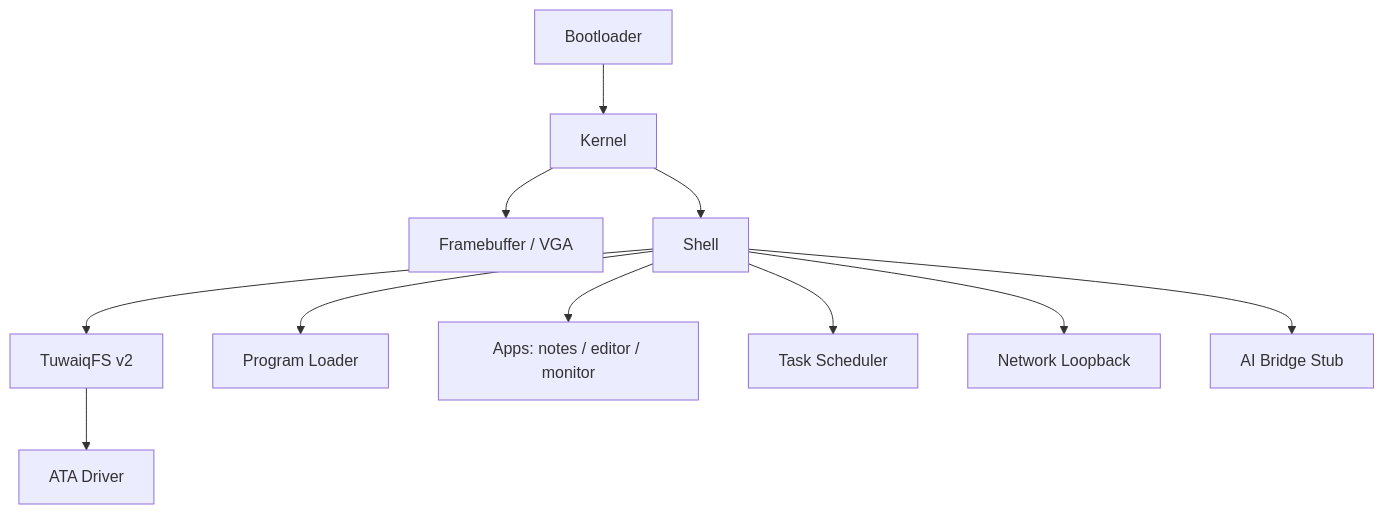
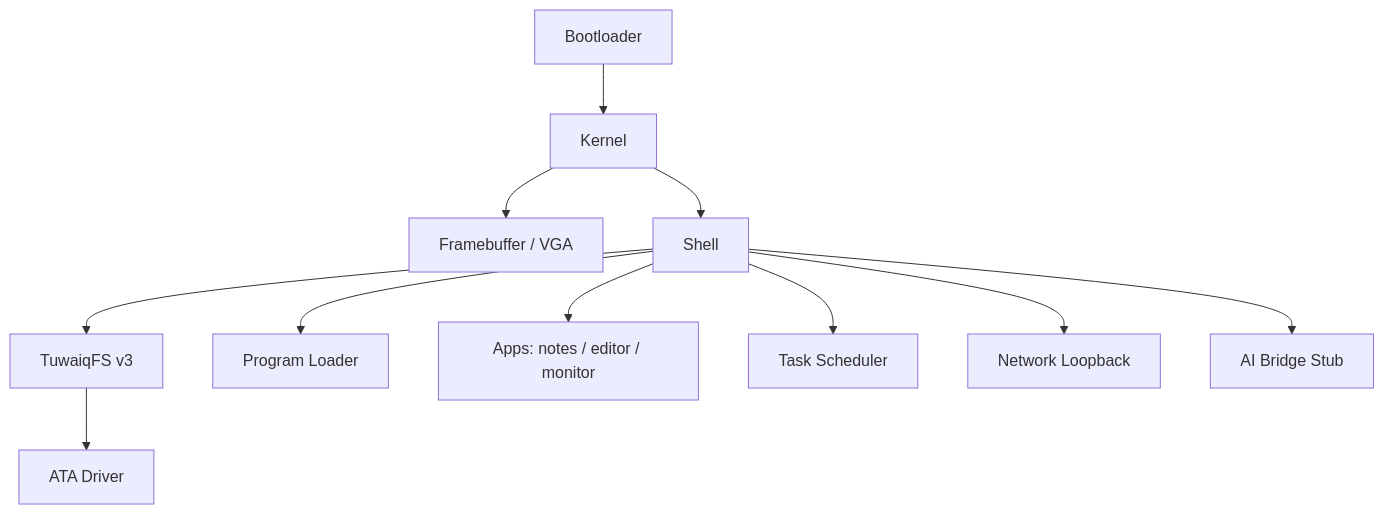
Before and after one commit to ShahadAljohani/TuwaiqOS: the diagram in README.md, drawn with Mermaid. The commit also changed other lines of this file and 28 other files, not shown here.

````diff
--- a/README.md
+++ b/README.md
@@ -21,13 +21,13 @@
 ```mermaid
 flowchart TD
     BL[Bootloader] --> K[Kernel]
     K --> FB[Framebuffer / VGA]
     K --> SH[Shell]
-    SH --> FS[TuwaiqFS v2]
+    SH --> FS[TuwaiqFS v3]
     SH --> LD[Program Loader]
     SH --> AP[Apps: notes / editor / monitor]
     FS --> ATA[ATA Driver]
     SH --> TS[Task Scheduler]
     SH --> NET[Network Loopback]
     SH --> AI[AI Bridge Stub]
 ```
````
